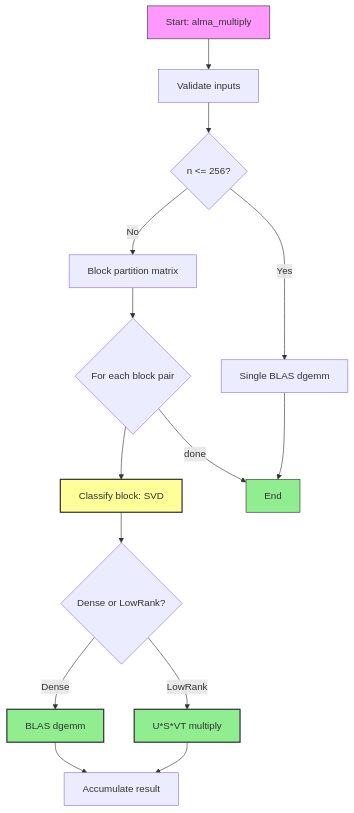
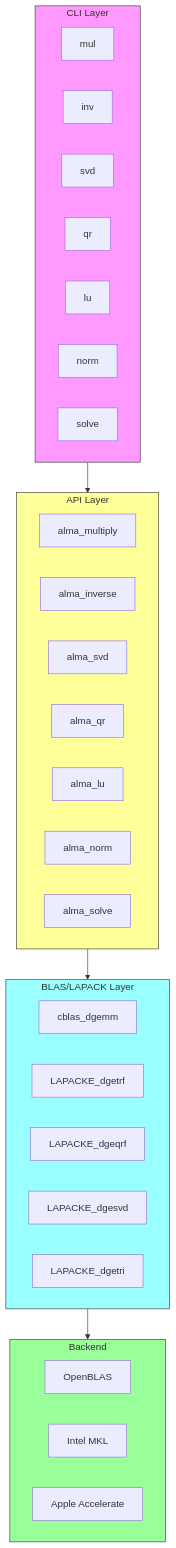
One commit to ricardo-lisboasantos/alma changed the diagram in docs/diagrams/architecture.mmd. Above: the diagram before and after it, drawn with Mermaid. The commit also changed 7 other files, not shown here.

```diff
--- a/docs/diagrams/architecture.mmd
+++ b/docs/diagrams/architecture.mmd
@@ -1,20 +1,43 @@
 flowchart TD
-    A[Start: alma_multiply] --> B[Validate inputs]
-    B --> C{n <= 256?}
-    C -->|Yes| D[Single BLAS dgemm]
-    C -->|No| E[Block partition matrix]
-    E --> F{For each block pair}
-    F --> G[Classify block: SVD]
-    G --> H{Dense or LowRank?}
-    H -->|Dense| I[BLAS dgemm]
-    H -->|LowRank| J[U*S*VT multiply]
-    I --> K[Accumulate result]
-    J --> K
-    F -->|done| L[End]
-    D --> L
+    subgraph CLI["CLI Layer"]
+        C1[mul]
+        C2[inv]
+        C3[svd]
+        C4[qr]
+        C5[lu]
+        C6[norm]
+        C7[solve]
+    end
     
-    style A fill:#f9f,stroke:#333
-    style G fill:#ff9,stroke:#333,stroke-width:2px
-    style I fill:#90EE90,stroke:#333,stroke-width:2px
-    style J fill:#90EE90,stroke:#333,stroke-width:2px
-    style L fill:#90EE90,stroke:#333
+    subgraph API["API Layer"]
+        A1[alma_multiply]
+        A2[alma_inverse]
+        A3[alma_svd]
+        A4[alma_qr]
+        A5[alma_lu]
+        A6[alma_norm]
+        A7[alma_solve]
+    end
+    
+    subgraph BLAS["BLAS/LAPACK Layer"]
+        B1[cblas_dgemm]
+        B2[LAPACKE_dgetrf]
+        B3[LAPACKE_dgeqrf]
+        B4[LAPACKE_dgesvd]
+        B5[LAPACKE_dgetri]
+    end
+    
+    subgraph BACKEND["Backend"]
+        BK1[OpenBLAS]
+        BK2[Intel MKL]
+        BK3[Apple Accelerate]
+    end
+    
+    CLI --> API
+    API --> BLAS
+    BLAS --> BACKEND
+    
+    style CLI fill:#f9f,stroke:#333
+    style API fill:#ff9,stroke:#333
+    style BLAS fill:#9ff,stroke:#333
+    style BACKEND fill:#9f9,stroke:#333
```
